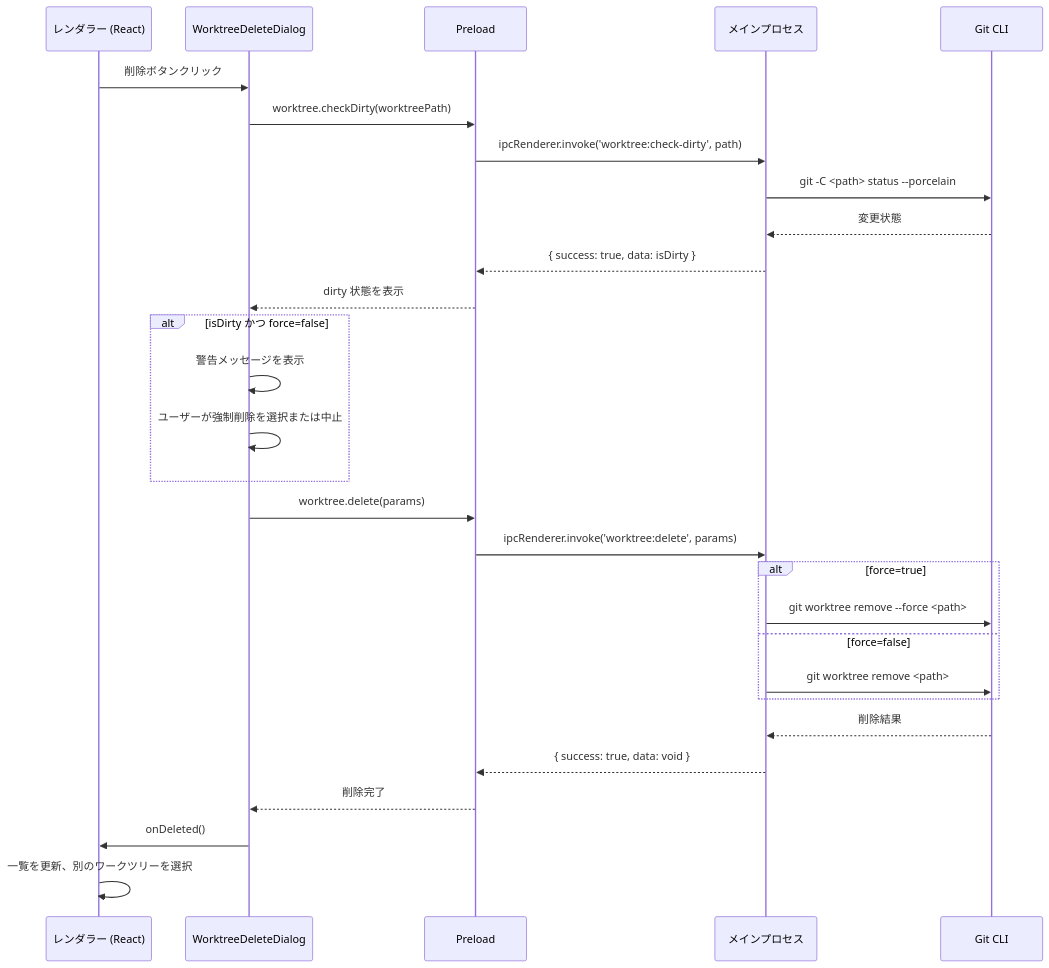
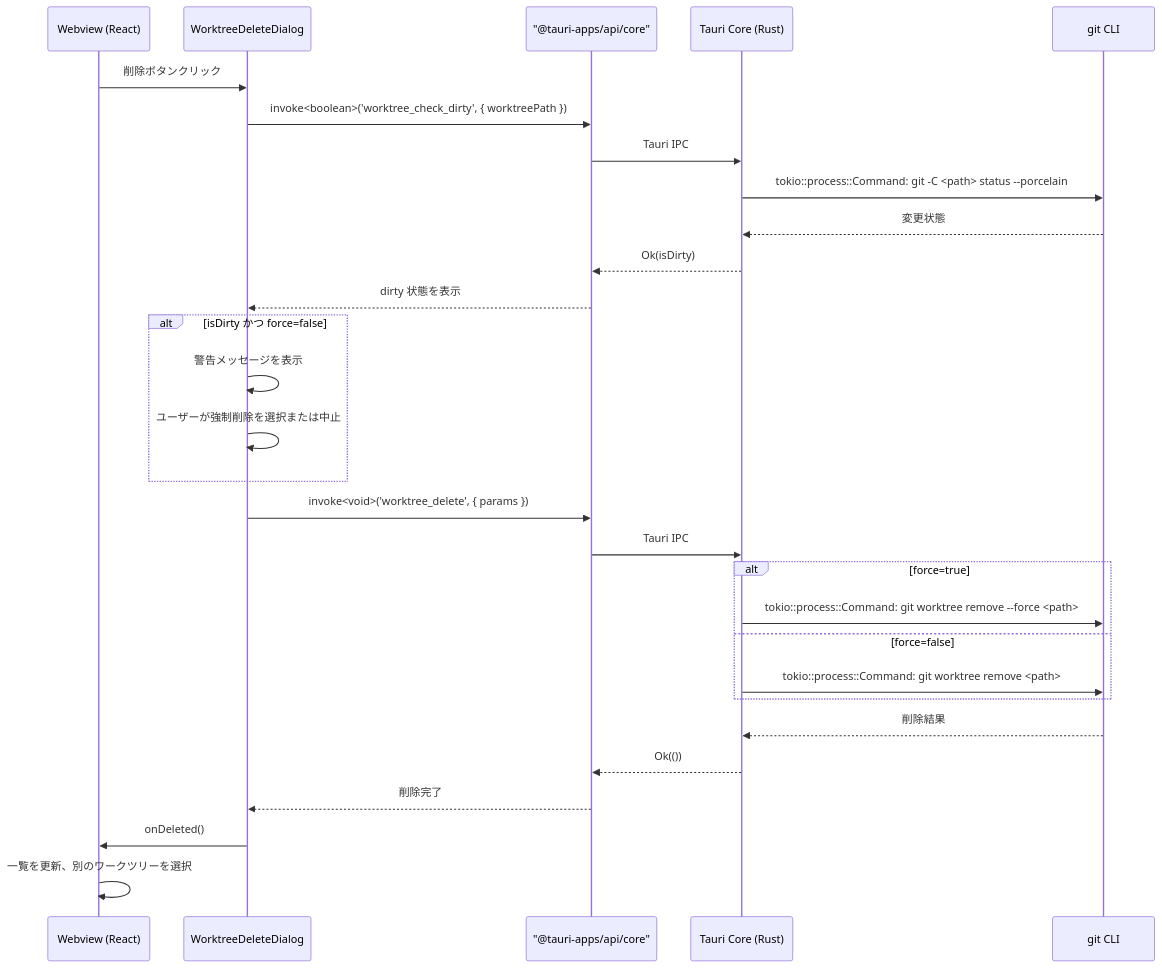
Before and after one commit to ToshikiImagawa/Buruma: the third of 4 diagrams in .sdd/specification/worktree-management_spec.md, drawn with Mermaid. The commit also changed other lines of this file and 7 other files, not shown here.

````diff
--- a/.sdd/specification/worktree-management_spec.md
+++ b/.sdd/specification/worktree-management_spec.md
@@ -295,36 +302,36 @@
 ```mermaid
 sequenceDiagram
-    participant Renderer as レンダラー (React)
+    participant Webview as Webview (React)
     participant Dialog as WorktreeDeleteDialog
-    participant Preload as Preload
-    participant Main as メインプロセス
-    participant Git as Git CLI
+    participant Invoke as "@tauri-apps/api/core"
+    participant Core as Tauri Core (Rust)
+    participant Git as git CLI
 
-    Renderer ->> Dialog: 削除ボタンクリック
-    Dialog ->> Preload: worktree.checkDirty(worktreePath)
-    Preload ->> Main: ipcRenderer.invoke('worktree:check-dirty', path)
-    Main ->> Git: git -C <path> status --porcelain
-    Git -->> Main: 変更状態
-    Main -->> Preload: { success: true, data: isDirty }
-    Preload -->> Dialog: dirty 状態を表示
+    Webview ->> Dialog: 削除ボタンクリック
+    Dialog ->> Invoke: invoke<boolean>('worktree_check_dirty', { worktreePath })
+    Invoke ->> Core: Tauri IPC
+    Core ->> Git: tokio::process::Command: git -C <path> status --porcelain
+    Git -->> Core: 変更状態
+    Core -->> Invoke: Ok(isDirty)
+    Invoke -->> Dialog: dirty 状態を表示
 
     alt isDirty かつ force=false
         Dialog ->> Dialog: 警告メッセージを表示
         Dialog ->> Dialog: ユーザーが強制削除を選択または中止
     end
 
-    Dialog ->> Preload: worktree.delete(params)
-    Preload ->> Main: ipcRenderer.invoke('worktree:delete', params)
+    Dialog ->> Invoke: invoke<void>('worktree_delete', { params })
+    Invoke ->> Core: Tauri IPC
 
     alt force=true
-        Main ->> Git: git worktree remove --force <path>
+        Core ->> Git: tokio::process::Command: git worktree remove --force <path>
     else force=false
-        Main ->> Git: git worktree remove <path>
+        Core ->> Git: tokio::process::Command: git worktree remove <path>
     end
 
-    Git -->> Main: 削除結果
-    Main -->> Preload: { success: true, data: void }
-    Preload -->> Dialog: 削除完了
-    Dialog ->> Renderer: onDeleted()
-    Renderer ->> Renderer: 一覧を更新、別のワークツリーを選択
+    Git -->> Core: 削除結果
+    Core -->> Invoke: Ok(())
+    Invoke -->> Dialog: 削除完了
+    Dialog ->> Webview: onDeleted()
+    Webview ->> Webview: 一覧を更新、別のワークツリーを選択
 ```
````
